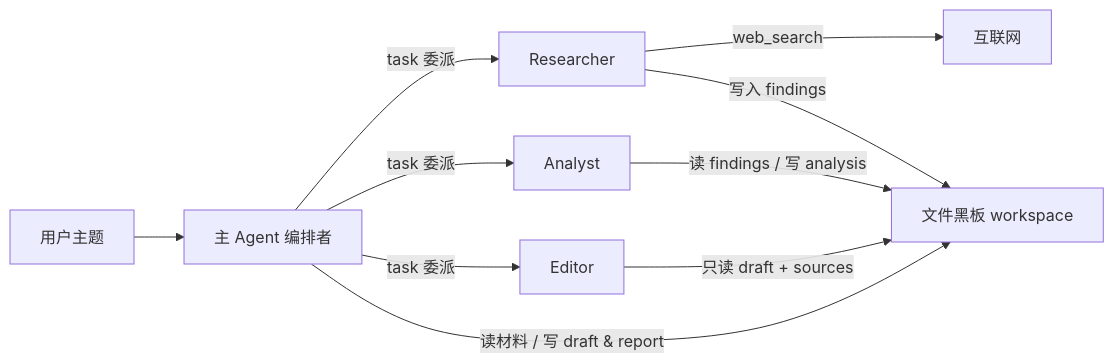
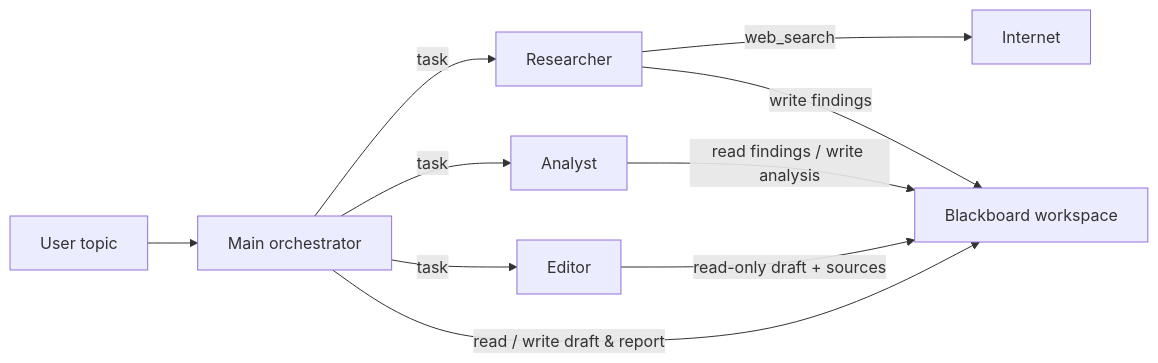
Before and after one commit to sunkuangdong/Deep_Research_Assistant: the first of 3 diagrams in README.md, drawn with Mermaid. The commit also changed other lines of this file and 1 other file, not shown here.

````diff
--- a/README.md
+++ b/README.md
@@ -37,14 +36,14 @@
 ```mermaid
 flowchart LR
-    User[用户主题] --> Orchestrator[主 Agent 编排者]
+    User[User topic] --> Orchestrator[Main orchestrator]
 
-    Orchestrator -->|task 委派| Researcher[Researcher]
-    Orchestrator -->|task 委派| Analyst[Analyst]
-    Orchestrator -->|task 委派| Editor[Editor]
+    Orchestrator -->|task| Researcher[Researcher]
+    Orchestrator -->|task| Analyst[Analyst]
+    Orchestrator -->|task| Editor[Editor]
 
-    Researcher -->|web_search| Web[互联网]
-    Researcher -->|写入 findings| Board[文件黑板 workspace]
-    Analyst -->|读 findings / 写 analysis| Board
-    Editor -->|只读 draft + sources| Board
-    Orchestrator -->|读材料 / 写 draft & report| Board
+    Researcher -->|web_search| Web[Internet]
+    Researcher -->|write findings| Board[Blackboard workspace]
+    Analyst -->|read findings / write analysis| Board
+    Editor -->|read-only draft + sources| Board
+    Orchestrator -->|read / write draft & report| Board
 ```
````
